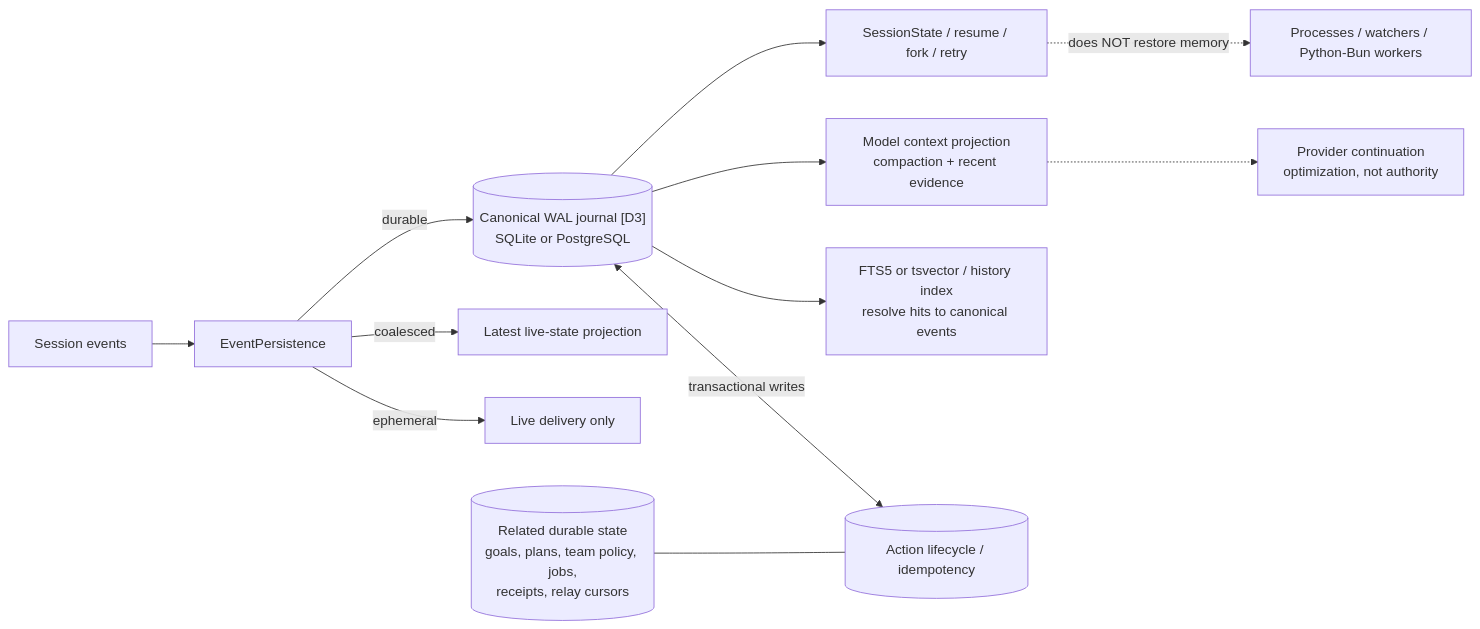
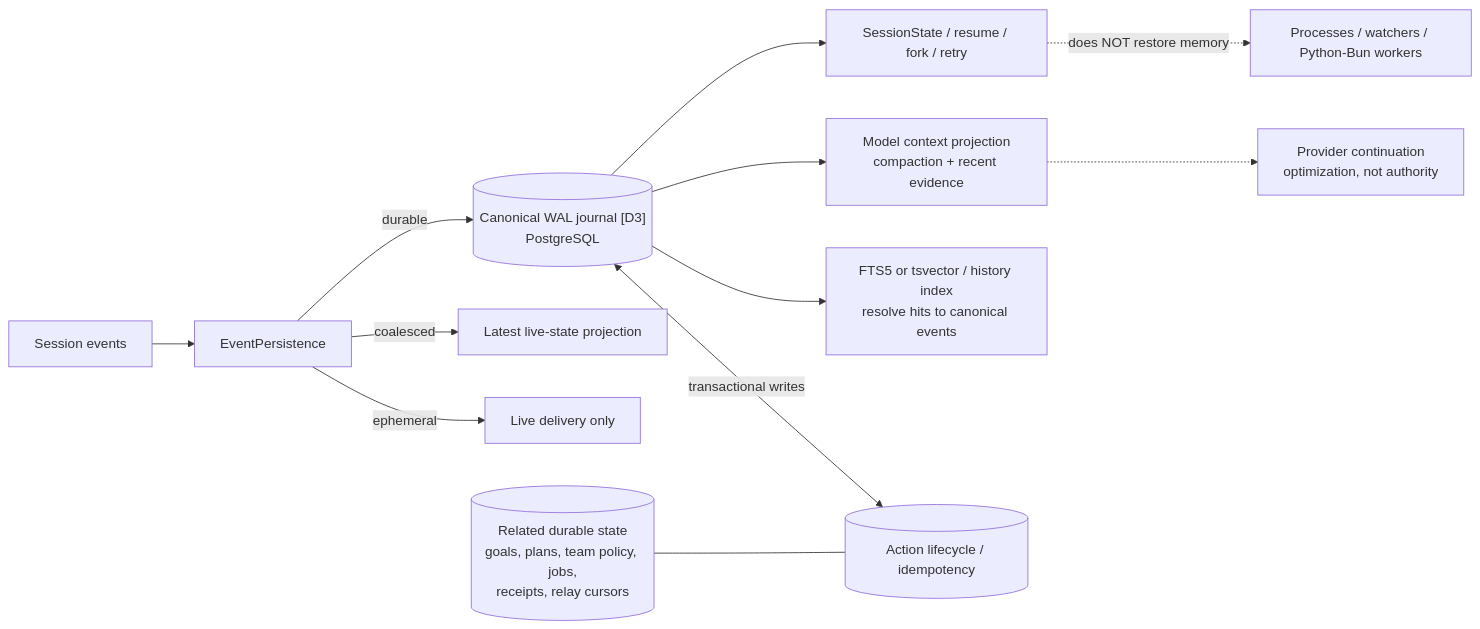
The third of 4 diagrams in docs/architecture.md (borg-ml/agent), drawn with Mermaid before and after one commit. The commit also changed other lines of this file and 9 other files, not shown here.

````diff
--- a/docs/architecture.md
+++ b/docs/architecture.md
@@ -99,14 +99,14 @@
 ```mermaid
 flowchart LR
     Events["Session events"] --> Classify["EventPersistence"]
-    Classify -->|"durable"| Journal[("Canonical WAL journal [D3]<br/>SQLite or PostgreSQL")]
+    Classify -->|"durable"| Journal[("Canonical WAL journal [D3]<br/>PostgreSQL")]
     Classify -->|"coalesced"| Live["Latest live-state projection"]
     Classify -->|"ephemeral"| Stream["Live delivery only"]
     Journal --> Recovery["SessionState / resume / fork / retry"]
     Journal --> Context["Model context projection<br/>compaction + recent evidence"]
     Journal --> Search["FTS5 or tsvector / history index<br/>resolve hits to canonical events"]
     Journal <-->|"transactional writes"| Actions[("Action lifecycle / idempotency")]
     Related[("Related durable state<br/>goals, plans, team policy, jobs,<br/>receipts, relay cursors")] --- Actions
     Context -.-> Cache["Provider continuation<br/>optimization, not authority"]
     Recovery -.->|"does NOT restore memory"| Workers["Processes / watchers / Python-Bun workers"]
 ```
````
